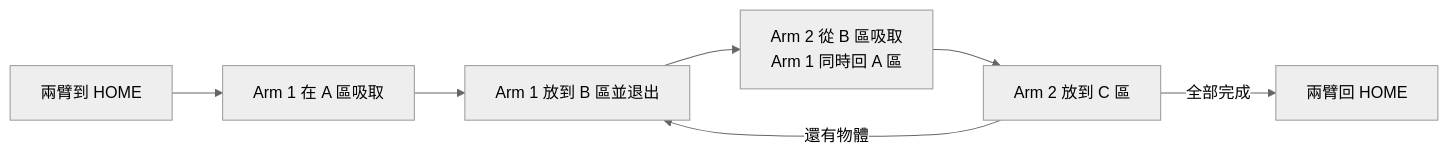
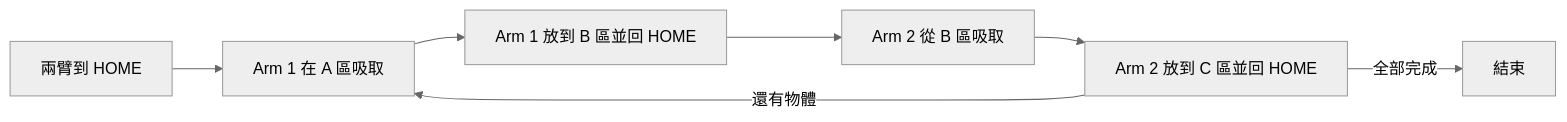
Before and after one commit to Azeem1010/Dual-Arm-TEST-2.0: the first of 2 diagrams in README.md, drawn with Mermaid (neutral theme). The commit also changed other lines of this file and 475 other files, not shown here.

````diff
--- a/README.md
+++ b/README.md
@@ -54,9 +62,9 @@
 ```mermaid
 flowchart LR
     H[兩臂到 HOME] --> A[Arm 1 在 A 區吸取]
-    A --> B[Arm 1 放到 B 區並退出]
-    B --> C[Arm 2 從 B 區吸取<br/>Arm 1 同時回 A 區]
-    C --> D[Arm 2 放到 C 區]
-    D -->|還有物體| B
-    D -->|全部完成| E[兩臂回 HOME]
+    A --> B[Arm 1 放到 B 區並回 HOME]
+    B --> C[Arm 2 從 B 區吸取]
+    C --> D[Arm 2 放到 C 區並回 HOME]
+    D -->|還有物體| A
+    D -->|全部完成| E[結束]
 ```
````
